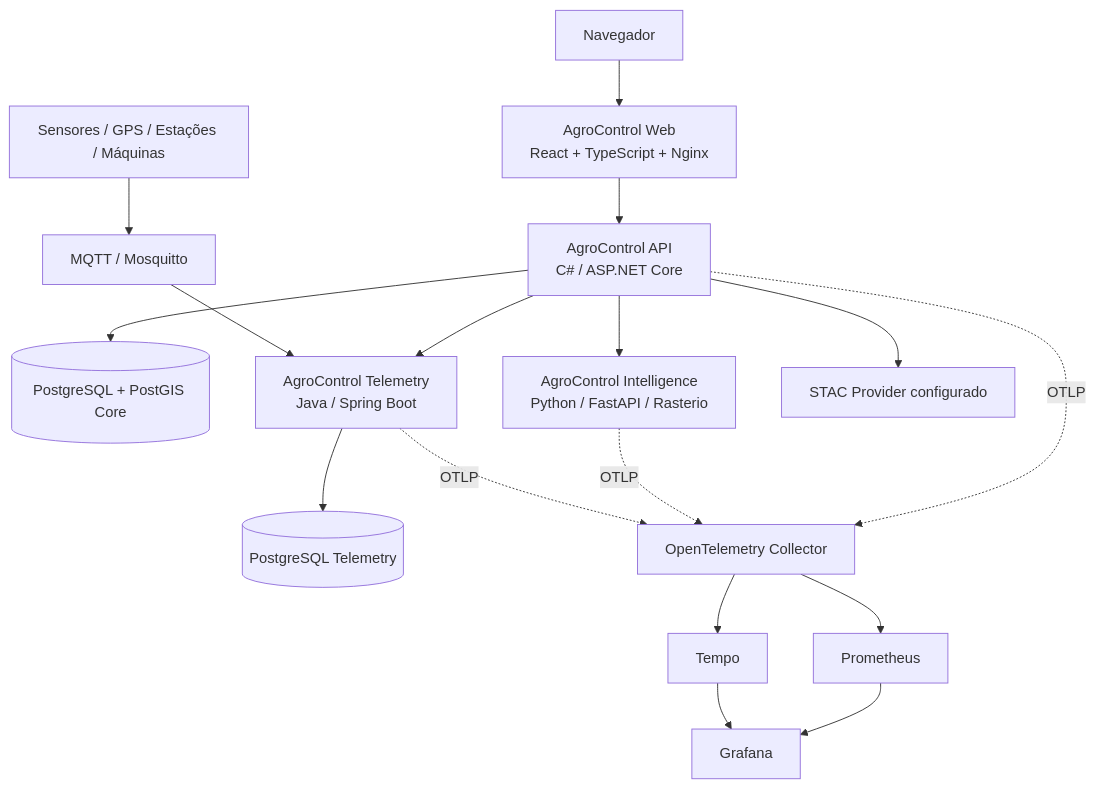
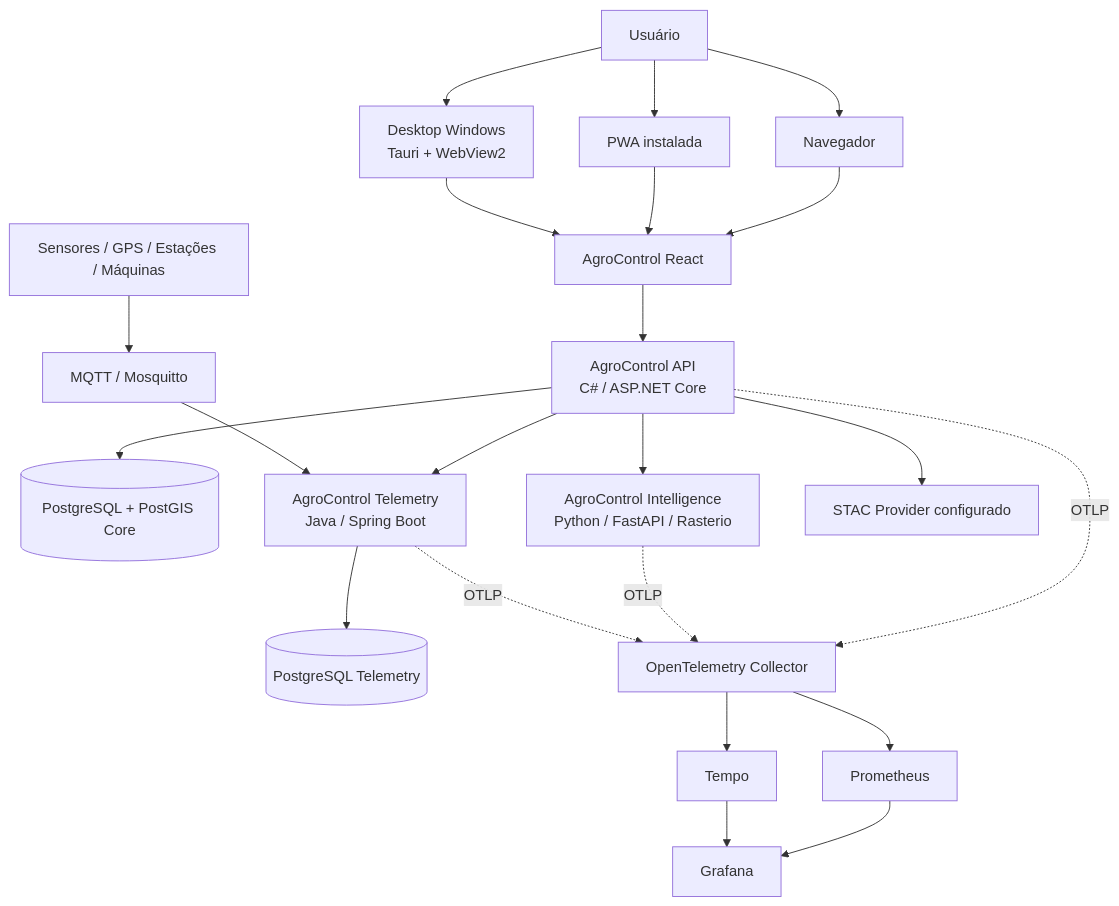
The diagram in README.md (M4rc3low/AgroControl), drawn with Mermaid before and after one commit. The commit also changed other lines of this file and 23 other files, not shown here.

First line of the commit message:
feat: Sprint 20 installable Web and Windows desktop (#58)

````diff
--- a/README.md
+++ b/README.md
@@ -62,20 +101,28 @@
 ```mermaid
 flowchart TB
-    BROWSER[Navegador] --> WEB[AgroControl Web\nReact + TypeScript + Nginx]
+    USER[Usuário] --> BROWSER[Navegador]
+    USER --> PWA[PWA instalada]
+    USER --> DESKTOP[Desktop Windows\nTauri + WebView2]
+
+    BROWSER --> WEB[AgroControl React]
+    PWA --> WEB
+    DESKTOP --> WEB
+
     WEB --> API[AgroControl API\nC# / ASP.NET Core]
     API --> DB[(PostgreSQL + PostGIS Core)]
     API --> AI[AgroControl Intelligence\nPython / FastAPI / Rasterio]
     API --> TEL[AgroControl Telemetry\nJava / Spring Boot]
     API --> STAC[STAC Provider configurado]
+
     TEL --> TDB[(PostgreSQL Telemetry)]
     SENSORS[Sensores / GPS / Estações / Máquinas] --> MQTT[MQTT / Mosquitto]
     MQTT --> TEL
 
     API -. OTLP .-> OTEL[OpenTelemetry Collector]
     AI -. OTLP .-> OTEL
     TEL -. OTLP .-> OTEL
     OTEL --> TEMPO[Tempo]
     OTEL --> PROM[Prometheus]
     PROM --> GRAFANA[Grafana]
     TEMPO --> GRAFANA
 ```
````
